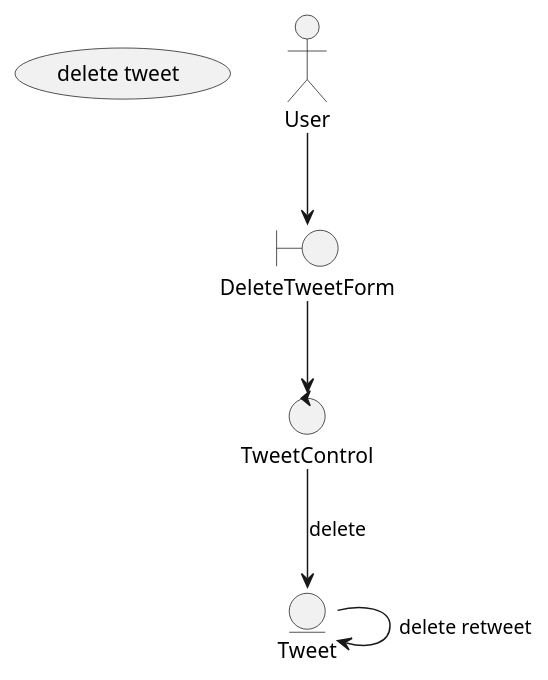
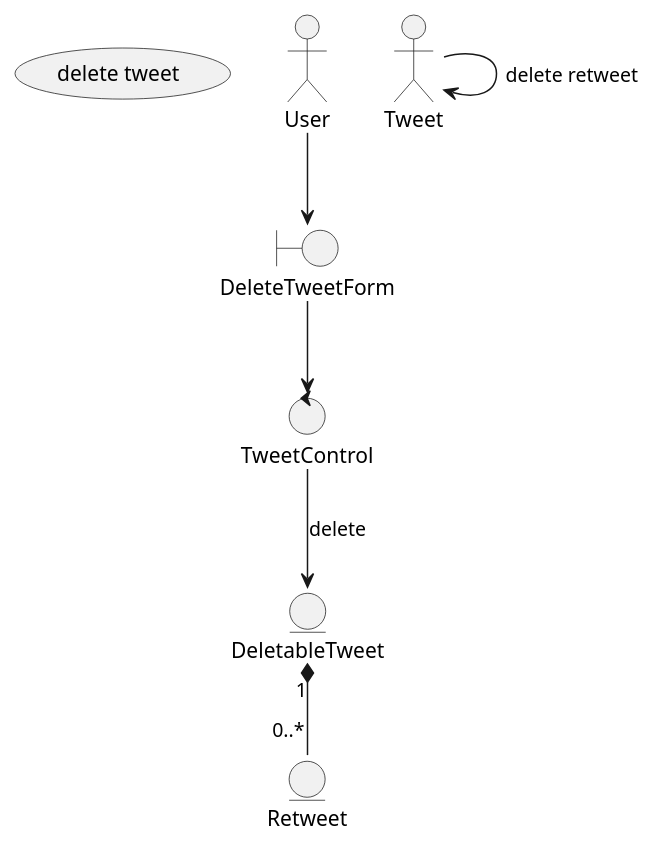
Before and after one commit to m-doi/dddprac-twitter: the diagram in delete_tweet.puml, drawn with PlantUML. The commit also changed 1 other file, not shown here.

```diff
--- a/delete_tweet.puml
+++ b/delete_tweet.puml
@@ -1,17 +1,20 @@
 @startuml
 
 usecase "delete tweet" as UC
 actor "User" as US
 
 boundary DeleteTweetForm
 control TweetControl
 
-entity Tweet
+entity DeletableTweet
+entity Retweet
+
+DeletableTweet "1" *-- "0..*" Retweet
 
 US --> DeleteTweetForm
 DeleteTweetForm --> TweetControl
-TweetControl --> Tweet : delete
+TweetControl --> DeletableTweet : delete
 Tweet --> Tweet : "delete retweet"
 
 
 @enduml
```
